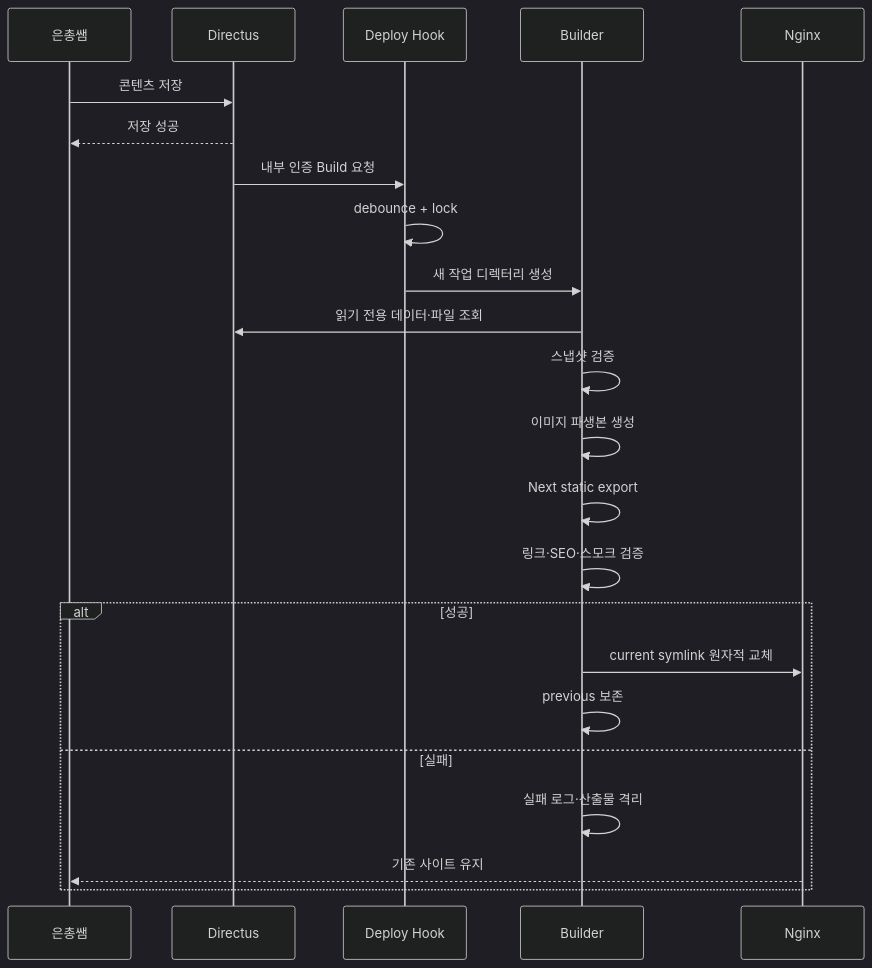
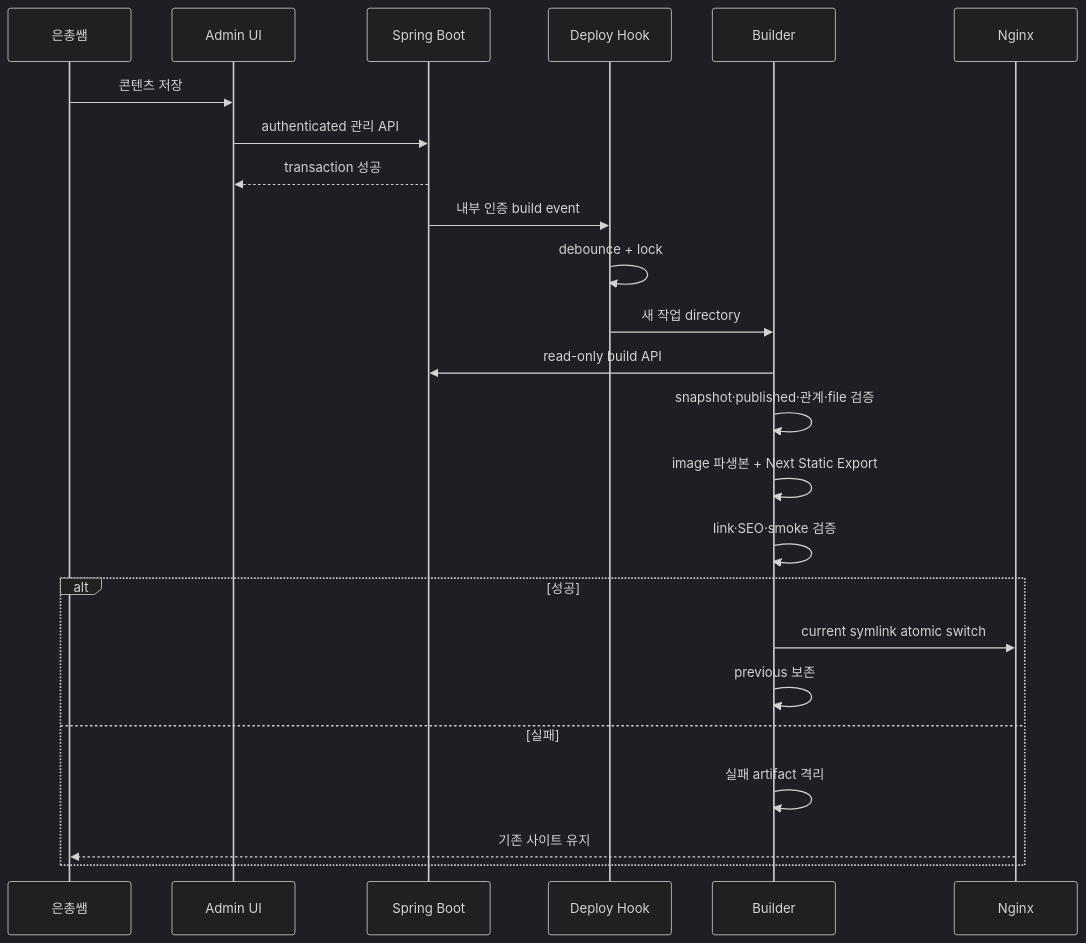
The diagram in docs/04-architecture/static-publishing-pipeline.md (xxh3898/Rhaomi), drawn with Mermaid (dark theme) before and after one commit. The commit also changed other lines of this file and 58 other files, not shown here.

First line of the commit message:
docs: Spring Boot 관리 아키텍처 기준 동기화

````diff
--- a/docs/04-architecture/static-publishing-pipeline.md
+++ b/docs/04-architecture/static-publishing-pipeline.md
@@ -43,26 +32,27 @@
 ```mermaid
 sequenceDiagram
     participant O as 은총쌤
-    participant D as Directus
+    participant A as Admin UI
+    participant S as Spring Boot
     participant H as Deploy Hook
     participant B as Builder
     participant N as Nginx
 
-    O->>D: 콘텐츠 저장
-    D-->>O: 저장 성공
-    D->>H: 내부 인증 Build 요청
+    O->>A: 콘텐츠 저장
+    A->>S: authenticated 관리 API
+    S-->>A: transaction 성공
+    S->>H: 내부 인증 build event
     H->>H: debounce + lock
-    H->>B: 새 작업 디렉터리 생성
-    B->>D: 읽기 전용 데이터·파일 조회
-    B->>B: 스냅샷 검증
-    B->>B: 이미지 파생본 생성
-    B->>B: Next static export
-    B->>B: 링크·SEO·스모크 검증
+    H->>B: 새 작업 directory
+    B->>S: read-only build API
+    B->>B: snapshot·published·관계·file 검증
+    B->>B: image 파생본 + Next Static Export
+    B->>B: link·SEO·smoke 검증
     alt 성공
-      B->>N: current symlink 원자적 교체
+      B->>N: current symlink atomic switch
       B->>B: previous 보존
     else 실패
-      B->>B: 실패 로그·산출물 격리
+      B->>B: 실패 artifact 격리
       N-->>O: 기존 사이트 유지
     end
 ```
````
